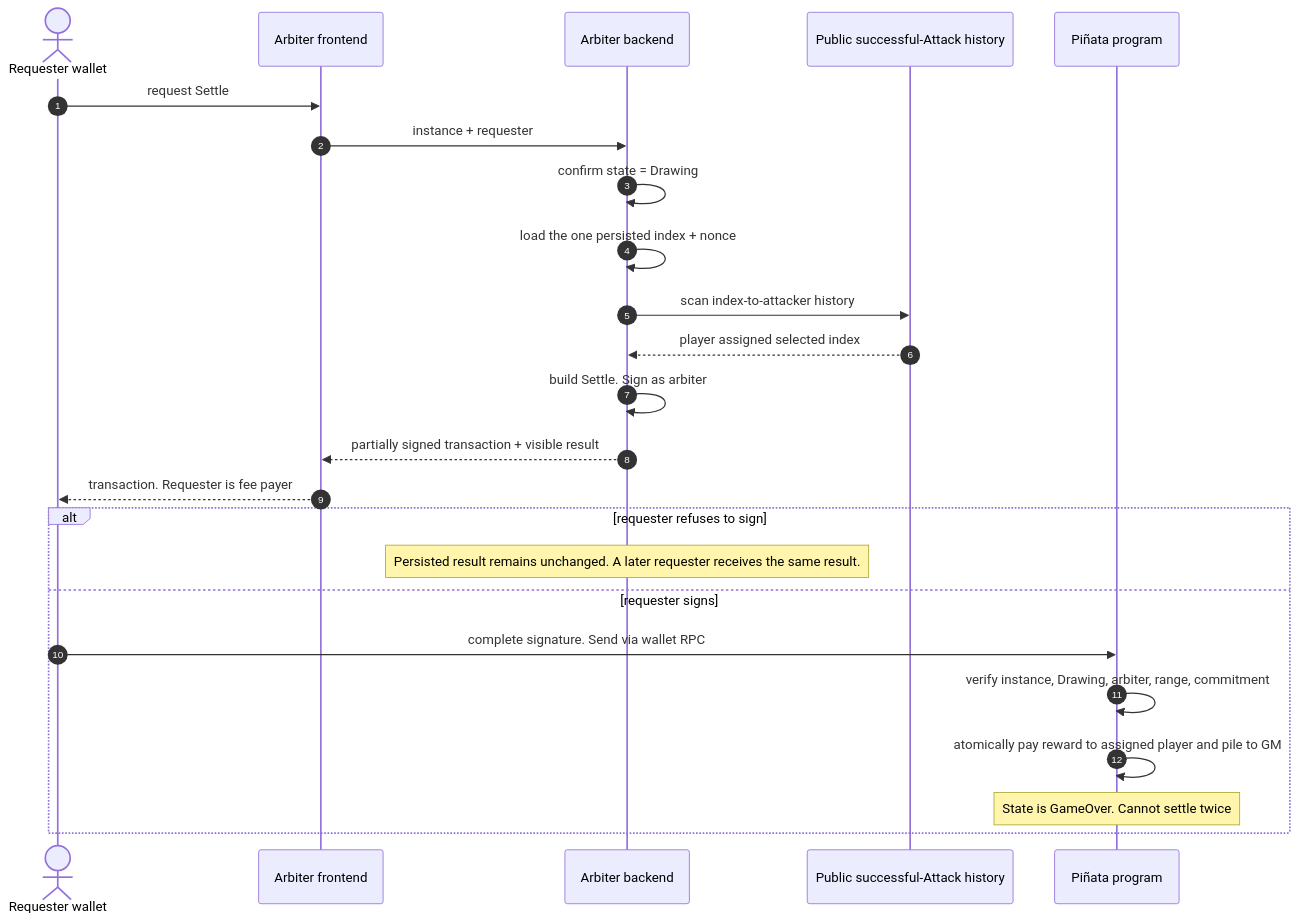
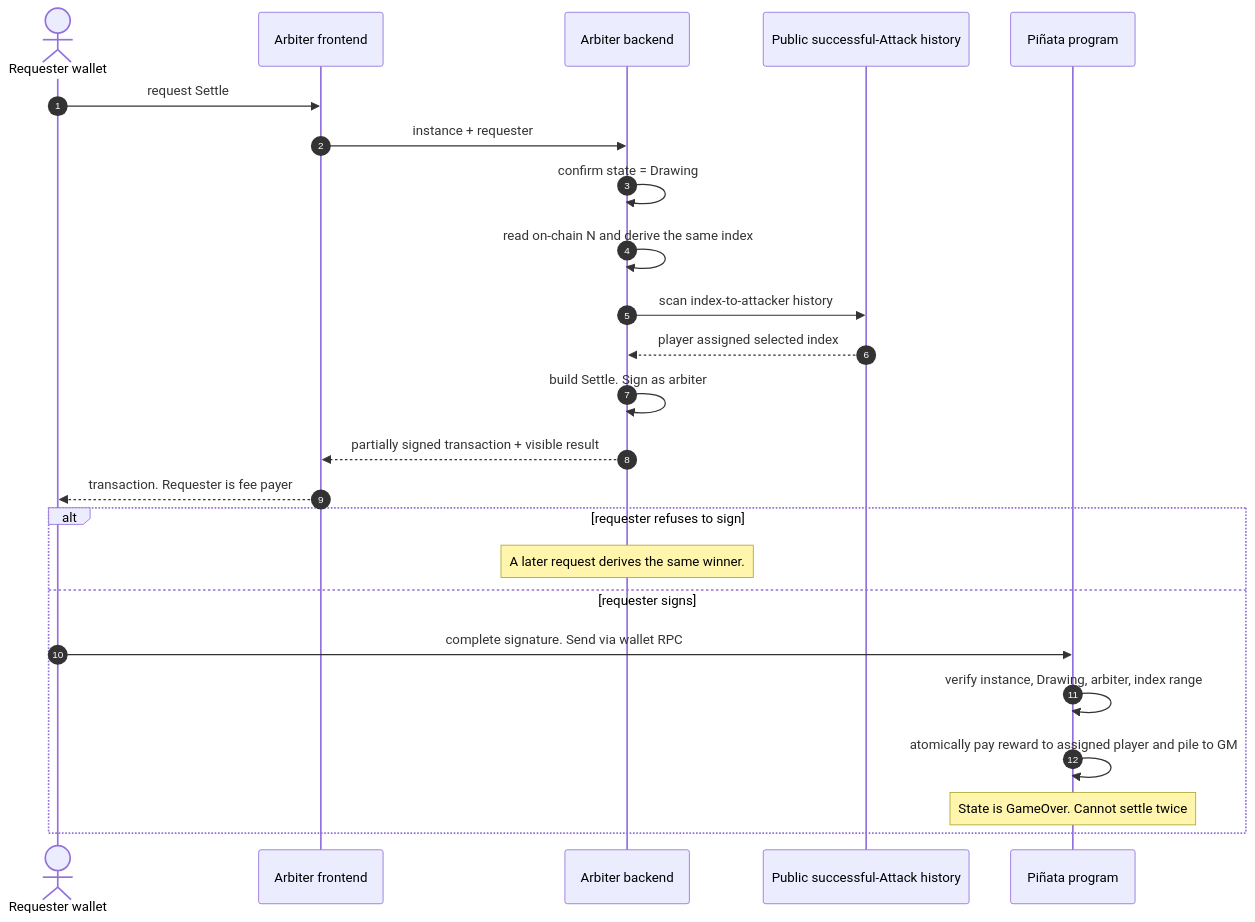
The third of 3 diagrams in docs/flows.md (kilogold/confidential-pinata), drawn with Mermaid before and after one commit. The commit also changed other lines of this file and 6 other files, not shown here.

````diff
--- a/docs/flows.md
+++ b/docs/flows.md
@@ -139,27 +137,27 @@
 ```mermaid
 sequenceDiagram
   autonumber
   actor Req as Requester wallet
   participant FE as Arbiter frontend
   participant BE as Arbiter backend
   participant Ledger as Public successful-Attack history
   participant Prog as Piñata program
 
   Req->>FE: request Settle
   FE->>BE: instance + requester
   BE->>BE: confirm state = Drawing
-  BE->>BE: load the one persisted index + nonce
+  BE->>BE: read on-chain N and derive the same index
   BE->>Ledger: scan index-to-attacker history
   Ledger-->>BE: player assigned selected index
   BE->>BE: build Settle. Sign as arbiter
   BE-->>FE: partially signed transaction + visible result
   FE-->>Req: transaction. Requester is fee payer
   alt requester refuses to sign
-    Note over BE: Persisted result remains unchanged. A later requester receives the same result.
+    Note over BE: A later request derives the same winner.
   else requester signs
     Req->>Prog: complete signature. Send via wallet RPC
-    Prog->>Prog: verify instance, Drawing, arbiter, range, commitment
+    Prog->>Prog: verify instance, Drawing, arbiter, index range
     Prog->>Prog: atomically pay reward to assigned player and pile to GM
     Note over Prog: State is GameOver. Cannot settle twice
   end
 ```
````
